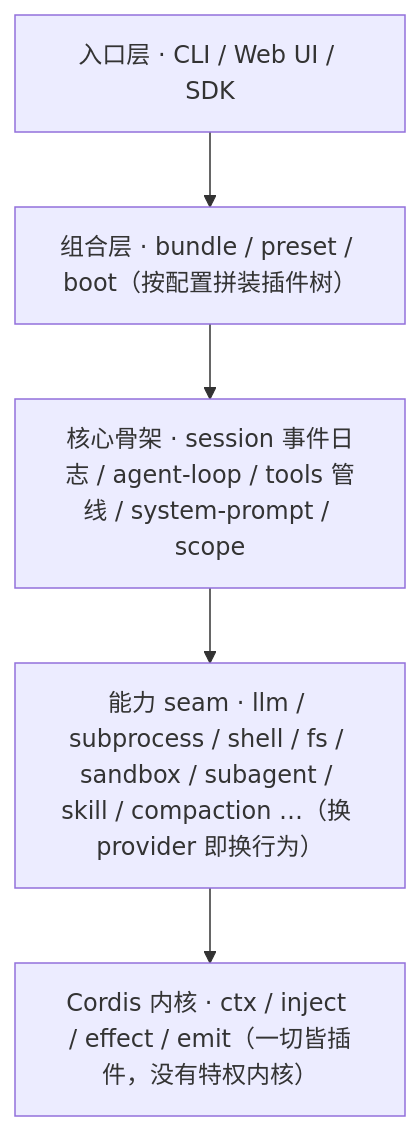
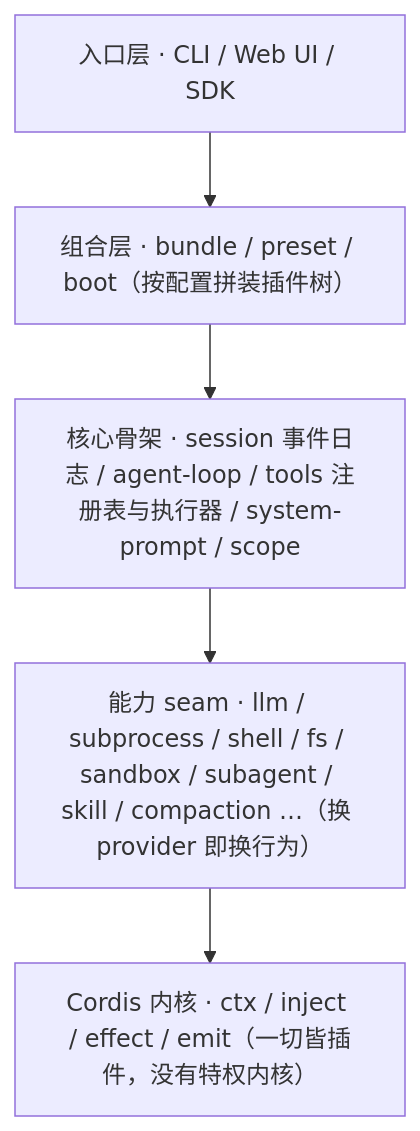
Before and after one commit to ChenYu1991ppak/deepseek-harness-anatomy: the diagram in README_zh.md, drawn with Mermaid. The commit also changed other lines of this file and 124 other files, not shown here.

````diff
--- a/README_zh.md
+++ b/README_zh.md
@@ -63,9 +65,9 @@
 ```mermaid
 flowchart TB
   ENTRY["入口层 · CLI / Web UI / SDK"]
   COMPOSE["组合层 · bundle / preset / boot（按配置拼装插件树）"]
-  CORE["核心骨架 · session 事件日志 / agent-loop / tools 管线 / system-prompt / scope"]
+  CORE["核心骨架 · session 事件日志 / agent-loop / tools 注册表与执行器 / system-prompt / scope"]
   SEAMS["能力 seam · llm / subprocess / shell / fs / sandbox / subagent / skill / compaction …（换 provider 即换行为）"]
   KERNEL["Cordis 内核 · ctx / inject / effect / emit（一切皆插件，没有特权内核）"]
   ENTRY --> COMPOSE --> CORE --> SEAMS --> KERNEL
 ```
````
